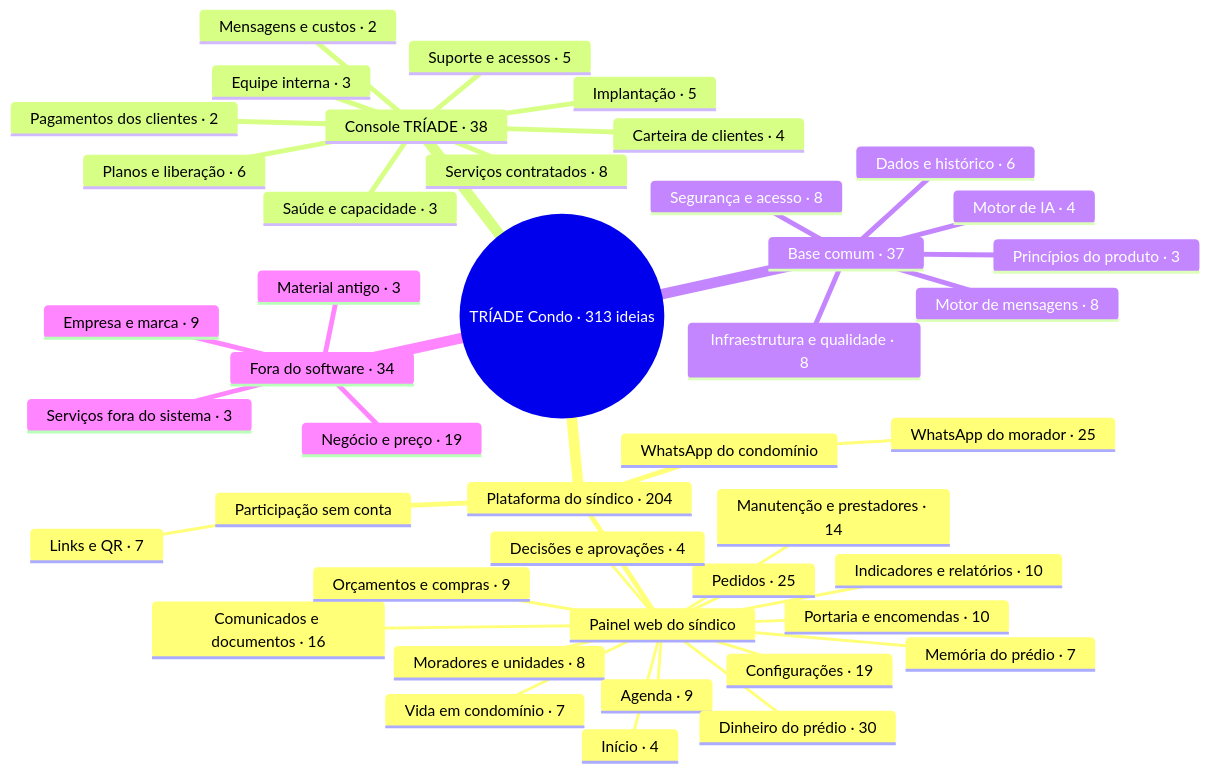
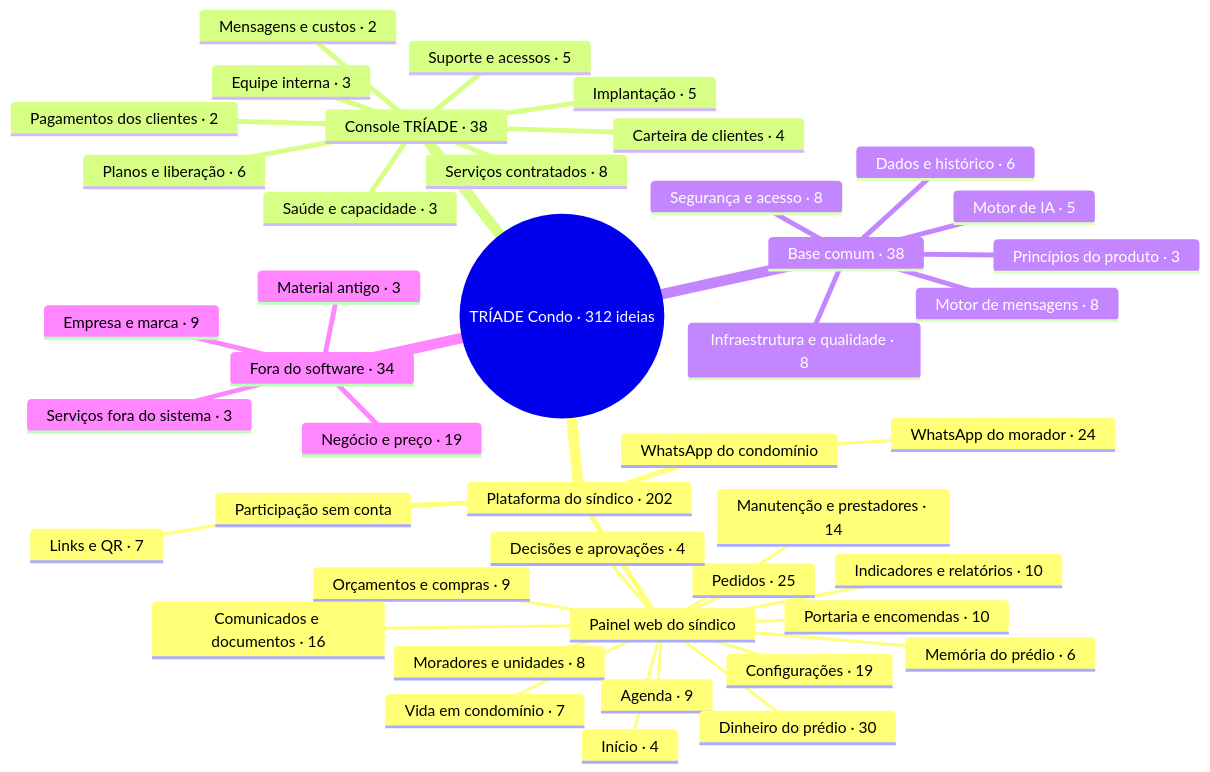
The diagram in triade-condo/MAPA.md (triade-prog/triade-condo), drawn with Mermaid before and after one commit. The commit also changed other lines of this file and 7 other files, not shown here.

First line of the commit message:
IDEIAS: Motor de IA (IA-20), encomendas e saída da IA-17 e IA-18

````diff
--- a/triade-condo/MAPA.md
+++ b/triade-condo/MAPA.md
@@ -20,46 +20,46 @@
 ```mermaid
 mindmap
-  root((TRÍADE Condo · 313 ideias))
-    Plataforma do síndico · 204
+  root((TRÍADE Condo · 312 ideias))
+    Plataforma do síndico · 202
       Painel web do síndico
         Início · 4
         Pedidos · 25
         Decisões e aprovações · 4
         Moradores e unidades · 8
         Comunicados e documentos · 16
         Manutenção e prestadores · 14
         Agenda · 9
         Orçamentos e compras · 9
         Dinheiro do prédio · 30
         Portaria e encomendas · 10
         Vida em condomínio · 7
         Indicadores e relatórios · 10
-        Memória do prédio · 7
+        Memória do prédio · 6
         Configurações · 19
       WhatsApp do condomínio
-        WhatsApp do morador · 25
+        WhatsApp do morador · 24
       Participação sem conta
         Links e QR · 7
     Console TRÍADE · 38
       Carteira de clientes · 4
       Implantação · 5
       Planos e liberação · 6
       Pagamentos dos clientes · 2
       Suporte e acessos · 5
       Serviços contratados · 8
       Equipe interna · 3
       Saúde e capacidade · 3
       Mensagens e custos · 2
-    Base comum · 37
+    Base comum · 38
       Segurança e acesso · 8
       Dados e histórico · 6
       Motor de mensagens · 8
       Infraestrutura e qualidade · 8
       Princípios do produto · 3
-      Motor de IA · 4
+      Motor de IA · 5
     Fora do software · 34
       Serviços fora do sistema · 3
       Negócio e preço · 19
       Empresa e marca · 9
       Material antigo · 3
 ```
````
